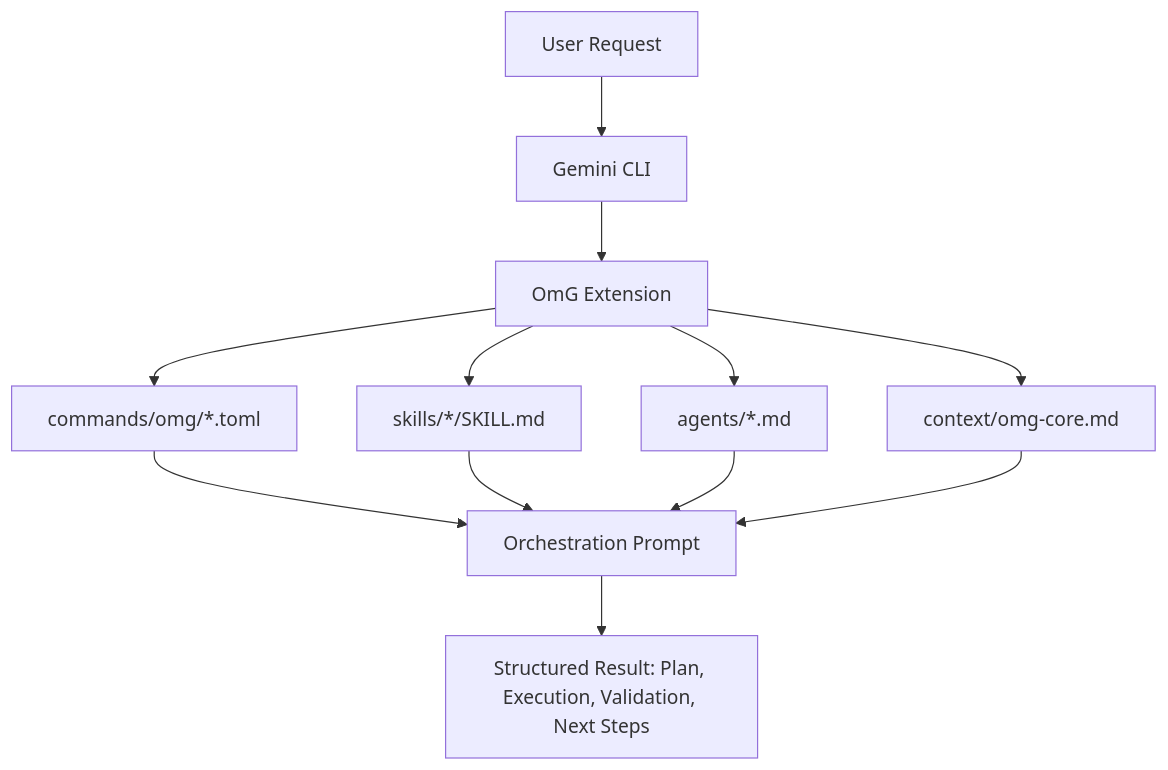
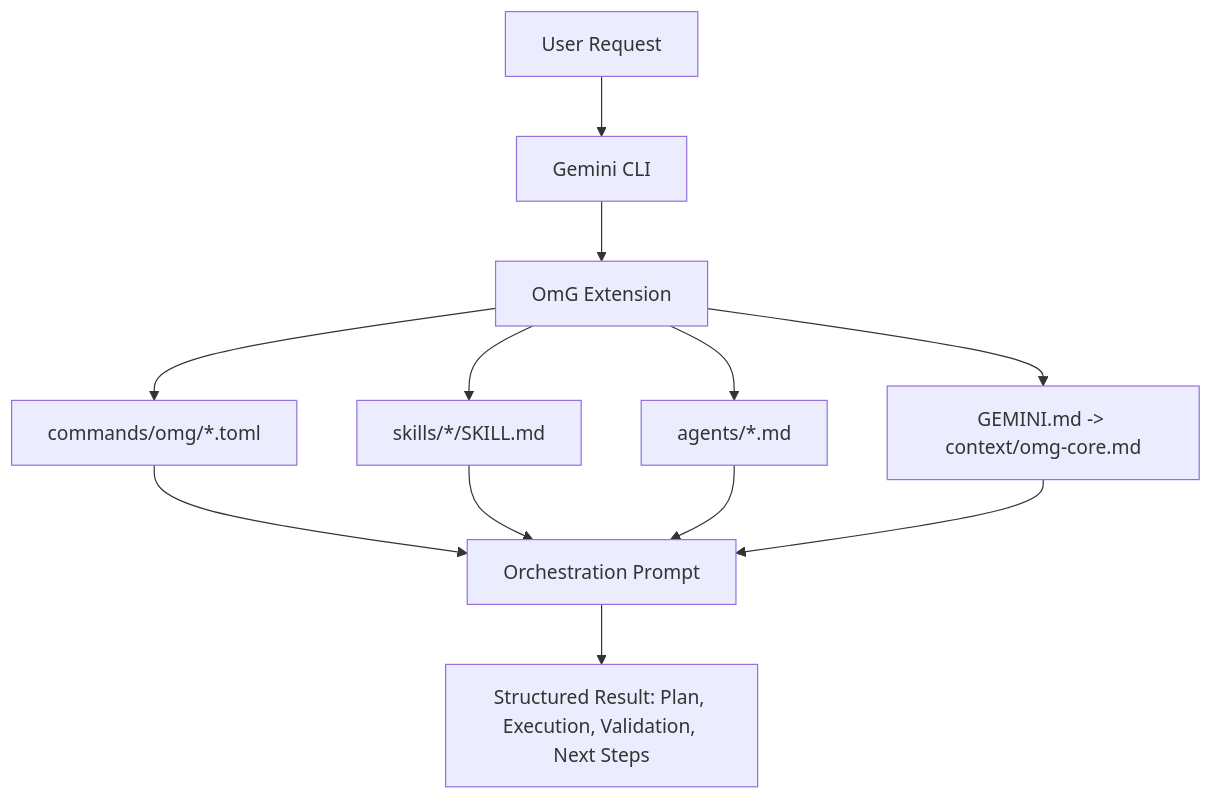
Before and after one commit to Joonghyun-Lee-Frieren/oh-my-gemini-cli: the first of 2 diagrams in README.md, drawn with Mermaid. The commit also changed other lines of this file and 41 other files, not shown here.

First line of the commit message:
refactor: slim extension loading surface and fix root GEMINI context wiring

````diff
--- a/README.md
+++ b/README.md
@@ -67,14 +60,14 @@
 ```mermaid
 flowchart TD
     U["User Request"] --> G["Gemini CLI"]
     G --> E["OmG Extension"]
     E --> C["commands/omg/*.toml"]
     E --> S["skills/*/SKILL.md"]
     E --> A["agents/*.md"]
-    E --> X["context/omg-core.md"]
+    E --> X["GEMINI.md -> context/omg-core.md"]
     C --> O["Orchestration Prompt"]
     S --> O
     A --> O
     X --> O
     O --> R["Structured Result: Plan, Execution, Validation, Next Steps"]
 ```
````
